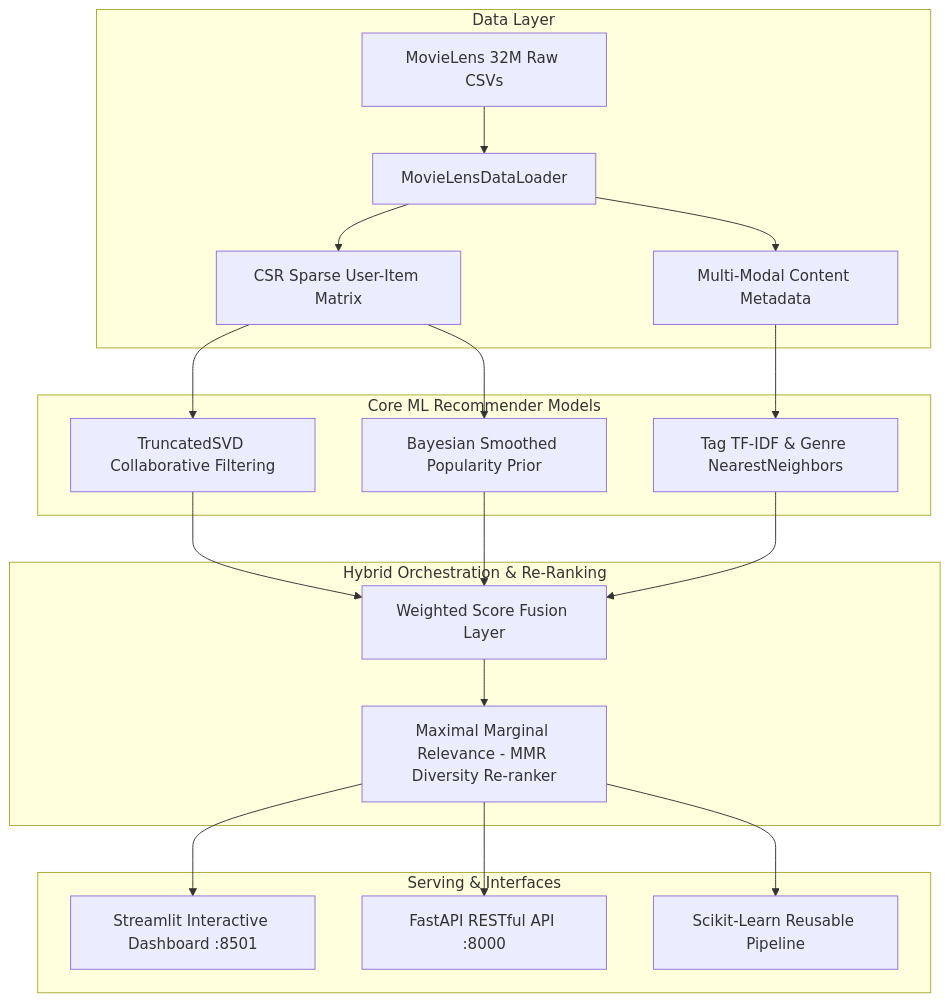
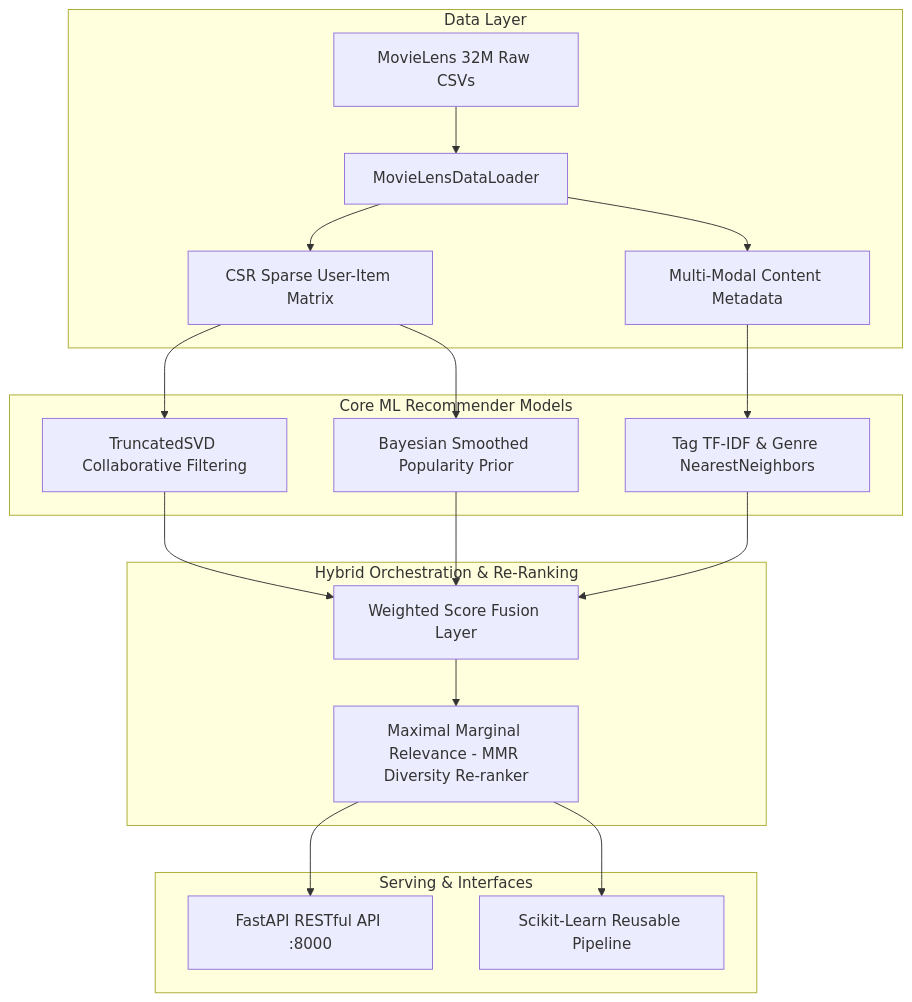
Before and after one commit to mightyalok00/movie-recommendation-system-scikit-learn: the diagram in README.md, drawn with Mermaid. The commit also changed other lines of this file, not shown here.

Commit message:
docs: remove legacy Streamlit references

````diff
--- a/README.md
+++ b/README.md
@@ -57,27 +39,26 @@
 ```mermaid
 flowchart TD
     subgraph Data Layer
         A[MovieLens 32M Raw CSVs] --> B[MovieLensDataLoader]
         B --> C[CSR Sparse User-Item Matrix]
         B --> D[Multi-Modal Content Metadata]
     end
 
     subgraph Core ML Recommender Models
         C --> E[TruncatedSVD Collaborative Filtering]
         D --> F[Tag TF-IDF & Genre NearestNeighbors]
         C --> G[Bayesian Smoothed Popularity Prior]
     end
 
     subgraph Hybrid Orchestration & Re-Ranking
         E --> H[Weighted Score Fusion Layer]
         F --> H
         G --> H
         H --> I[Maximal Marginal Relevance - MMR Diversity Re-ranker]
     end
 
     subgraph Serving & Interfaces
-        I --> J[Streamlit Interactive Dashboard :8501]
-        I --> K[FastAPI RESTful API :8000]
-        I --> L[Scikit-Learn Reusable Pipeline]
+        I --> J[FastAPI RESTful API :8000]
+        I --> K[Scikit-Learn Reusable Pipeline]
     end
 ```
````
